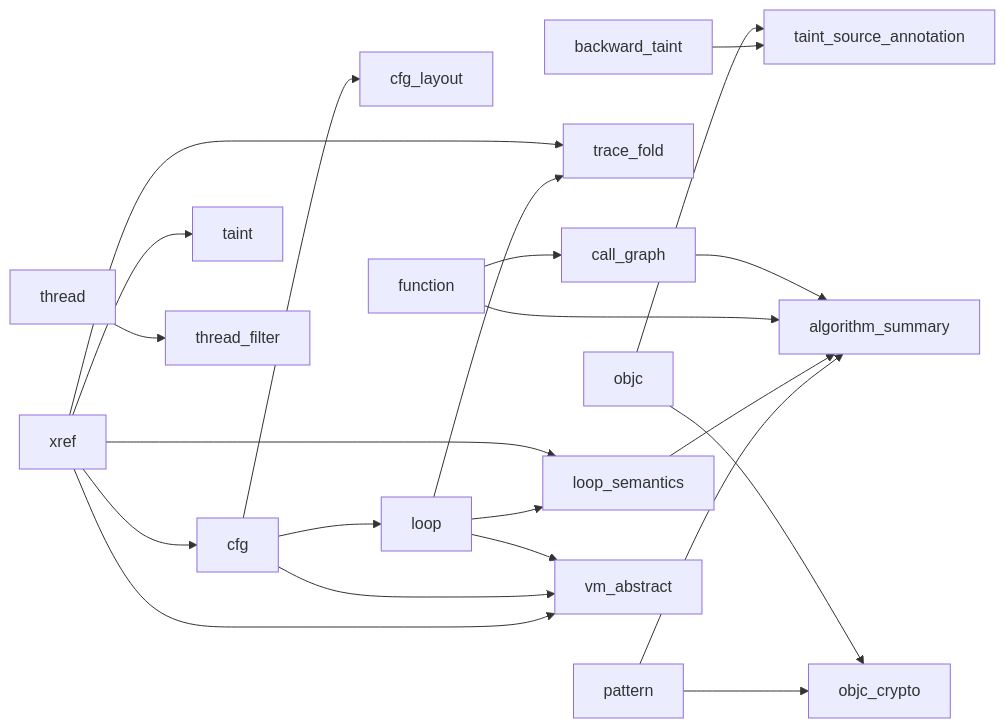
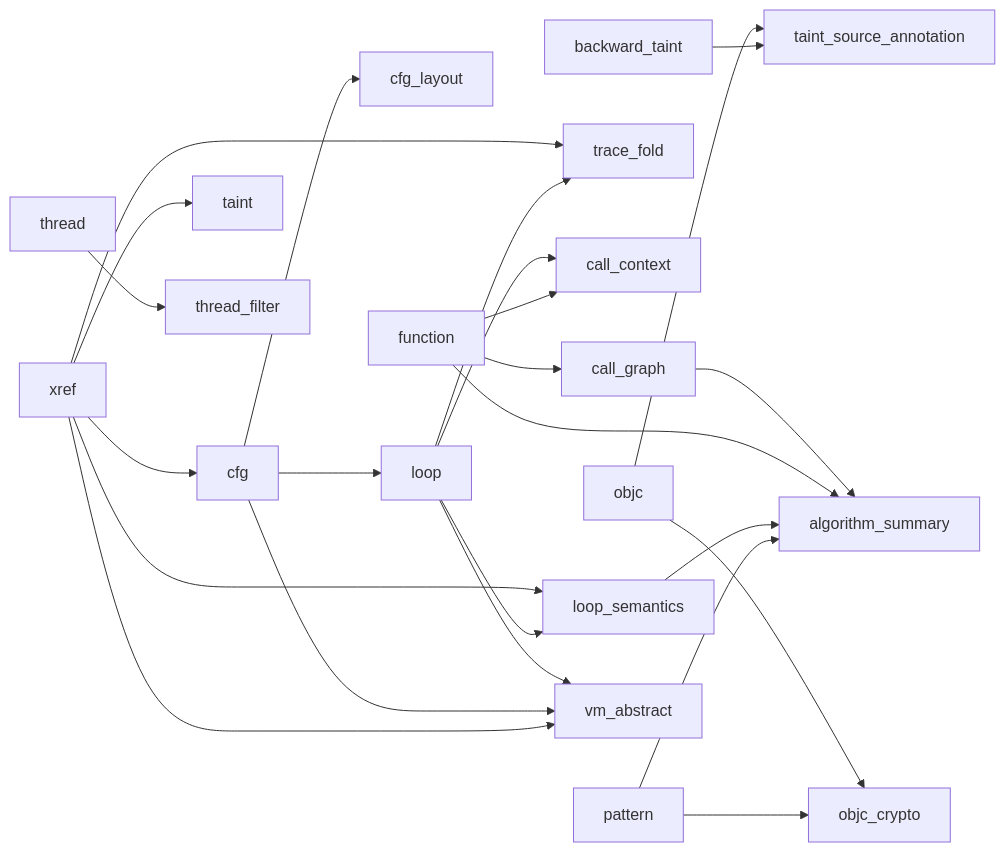
The second of 2 diagrams in slowmo/docs/analysis-layer.md (fuckreverse/retrace), drawn with Mermaid before and after one commit. The commit also changed other lines of this file and 9 other files, not shown here.

````diff
--- a/slowmo/docs/analysis-layer.md
+++ b/slowmo/docs/analysis-layer.md
@@ -645,24 +659,26 @@
 ```mermaid
 flowchart LR
     xref --> cfg
     cfg --> cfg_layout
     cfg --> loop
     function --> call_graph
     xref --> taint
     loop --> trace_fold
     xref --> trace_fold
+    function --> call_context
+    loop --> call_context
     loop --> loop_semantics
     xref --> loop_semantics
     backward_taint --> taint_source_annotation
     objc --> taint_source_annotation
     pattern --> objc_crypto
     objc --> objc_crypto
     thread --> thread_filter
 pattern --> algorithm_summary
 loop_semantics --> algorithm_summary
     function --> algorithm_summary
     call_graph --> algorithm_summary
     xref --> vm_abstract
     cfg --> vm_abstract
     loop --> vm_abstract
 ```
````
